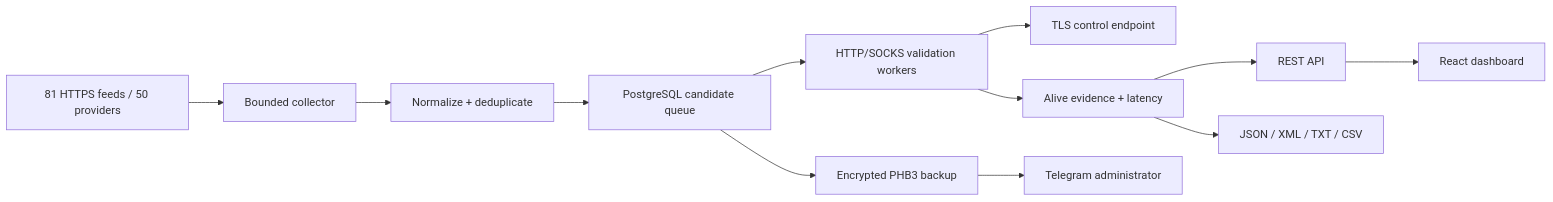
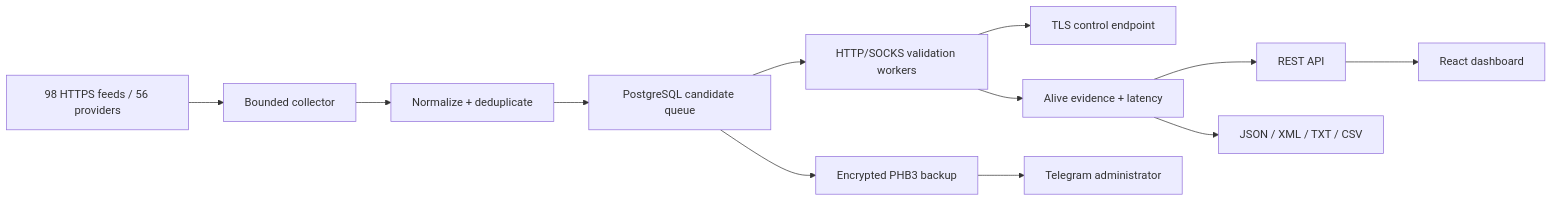
The diagram in README.md (Xsenus/ProxyHarbor), drawn with Mermaid before and after one commit. The commit also changed other lines of this file and 36 other files, not shown here.

````diff
--- a/README.md
+++ b/README.md
@@ -40,14 +40,14 @@
 ```mermaid
 flowchart LR
-    A["81 HTTPS feeds / 50 providers"] --> B["Bounded collector"]
+    A["98 HTTPS feeds / 56 providers"] --> B["Bounded collector"]
     B --> C["Normalize + deduplicate"]
     C --> D["PostgreSQL candidate queue"]
     D --> E["HTTP/SOCKS validation workers"]
     E --> F["TLS control endpoint"]
     E --> G["Alive evidence + latency"]
     G --> H["REST API"]
     G --> I["JSON / XML / TXT / CSV"]
     H --> J["React dashboard"]
     D --> K["Encrypted PHB3 backup"]
     K --> L["Telegram administrator"]
 ```
````
